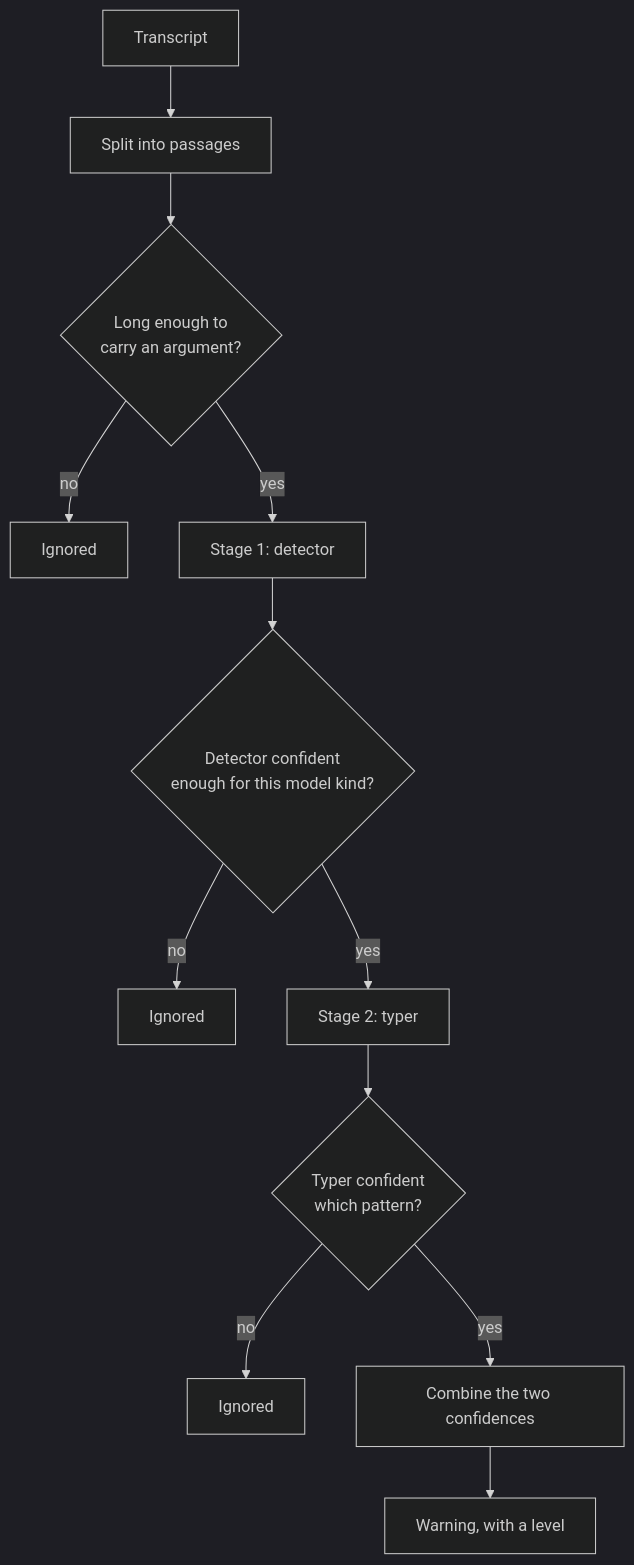
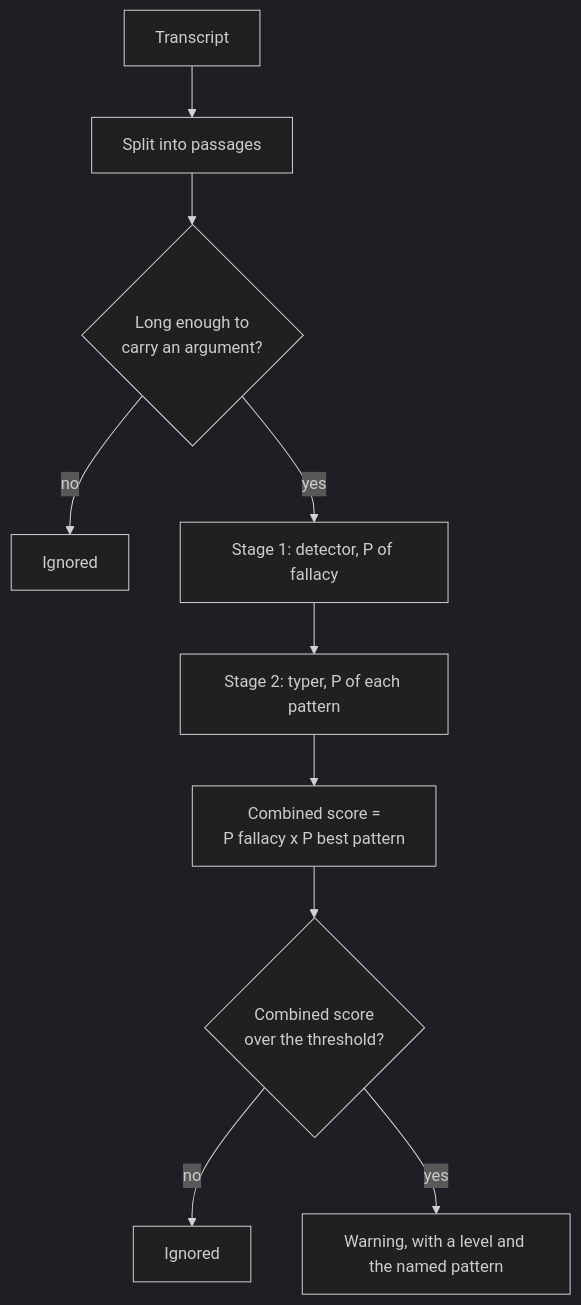
One commit to MoAbboud/PortFolio changed the second of 6 diagrams in fallacysuspect/requirements/03-architecture.md. Above: the diagram before and after it, drawn with Mermaid (dark theme). The commit also changed other lines of this file and 6 other files, not shown here.

````diff
--- a/fallacysuspect/requirements/03-architecture.md
+++ b/fallacysuspect/requirements/03-architecture.md
@@ -62,14 +64,12 @@
 ```mermaid
 flowchart TB
     T[Transcript] --> SPLIT[Split into passages]
     SPLIT --> G1{Long enough to<br/>carry an argument?}
     G1 -- no --> DROP1[Ignored]
-    G1 -- yes --> DET[Stage 1: detector]
-    DET --> G2{Detector confident<br/>enough for this model kind?}
+    G1 -- yes --> DET[Stage 1: detector, P of fallacy]
+    DET --> TYP[Stage 2: typer, P of each pattern]
+    TYP --> SCORE[Combined score =<br/>P fallacy x P best pattern]
+    SCORE --> G2{Combined score<br/>over the threshold?}
     G2 -- no --> DROP2[Ignored]
-    G2 -- yes --> TYP[Stage 2: typer]
-    TYP --> G3{Typer confident<br/>which pattern?}
-    G3 -- no --> DROP3[Ignored]
-    G3 -- yes --> SCORE[Combine the two confidences]
-    SCORE --> FLAG[Warning, with a level]
+    G2 -- yes --> FLAG[Warning, with a level and the named pattern]
 ```
````
